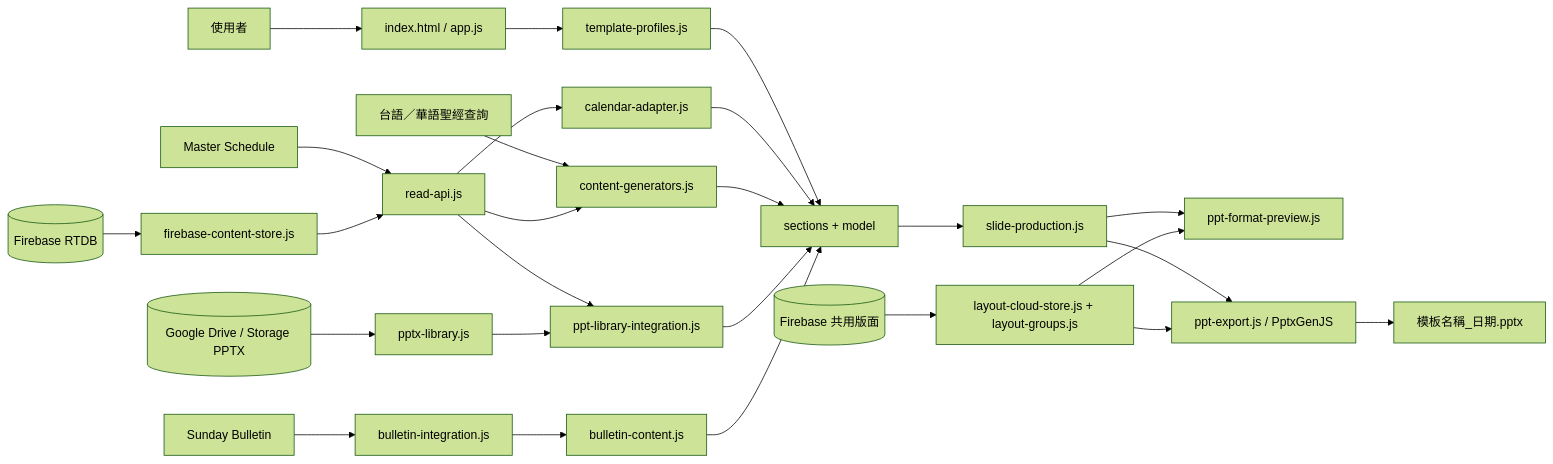
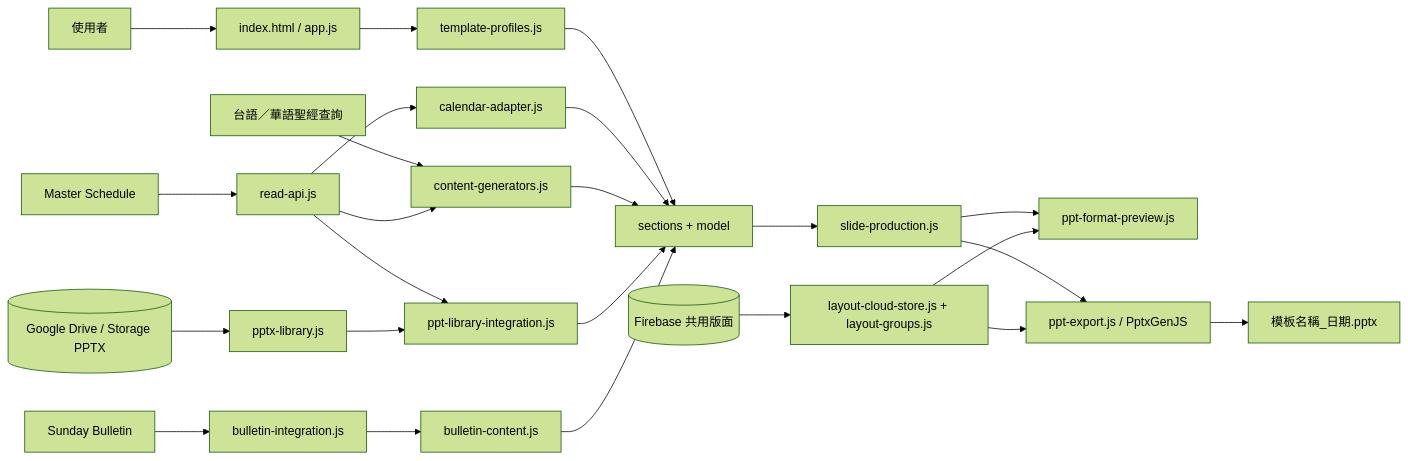
The first of 2 diagrams in apps/LKC_WorshipPPT/ARCHITECTURE.md (JirehWang/JirehWang.github.io), drawn with Mermaid (forest theme) before and after one commit. The commit also changed other lines of this file and 8 other files, not shown here.

````diff
--- a/apps/LKC_WorshipPPT/ARCHITECTURE.md
+++ b/apps/LKC_WorshipPPT/ARCHITECTURE.md
@@ -33,31 +33,29 @@
 ```mermaid
 flowchart LR
     User[使用者] --> UI[index.html / app.js]
     UI --> Profile[template-profiles.js]
     Profile --> Model[sections + model]
 
     Calendar[Master Schedule] --> Read[read-api.js]
     Bulletin[Sunday Bulletin] --> BulletinAdapter[bulletin-integration.js]
-    Firebase[(Firebase RTDB)] --> FirebaseRead[firebase-content-store.js]
     Drive[(Google Drive / Storage PPTX)] --> Library[pptx-library.js]
     Bible[台語／華語聖經查詢] --> Generator[content-generators.js]
 
-    FirebaseRead --> Read
     Read --> CalendarAdapter[calendar-adapter.js]
     CalendarAdapter --> Model
     Read --> Generator
     Generator --> Model
     Read --> LibraryIntegration[ppt-library-integration.js]
     Library --> LibraryIntegration
     LibraryIntegration --> Model
     BulletinAdapter --> ReportLogic[bulletin-content.js]
     ReportLogic --> Model
 
     Model --> PageComposer[slide-production.js]
     PageComposer --> Preview[ppt-format-preview.js]
     Layout[(Firebase 共用版面)] --> LayoutUI[layout-cloud-store.js + layout-groups.js]
     LayoutUI --> Preview
     PageComposer --> Export[ppt-export.js / PptxGenJS]
     LayoutUI --> Export
     Export --> PPTX[模板名稱_日期.pptx]
 ```
````
